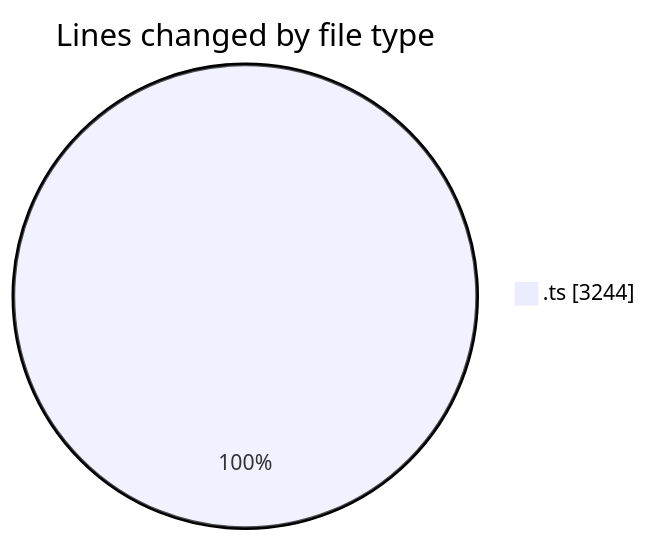
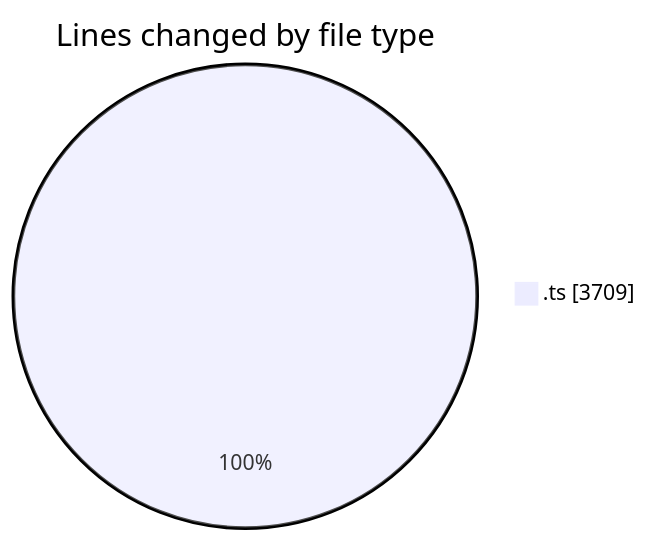
Before and after one commit to momahboobian/code-tracking: the first of 2 diagrams in 2025-06-27/cda/README.md, drawn with Mermaid. The commit also changed other lines of this file and 1 other file, not shown here.

````diff
--- a/2025-06-27/cda/README.md
+++ b/2025-06-27/cda/README.md
@@ -26,5 +26,5 @@
 ```mermaid
 pie showData
 title Lines changed by file type
-".ts" : 3244
+".ts" : 3709
 ```
````
